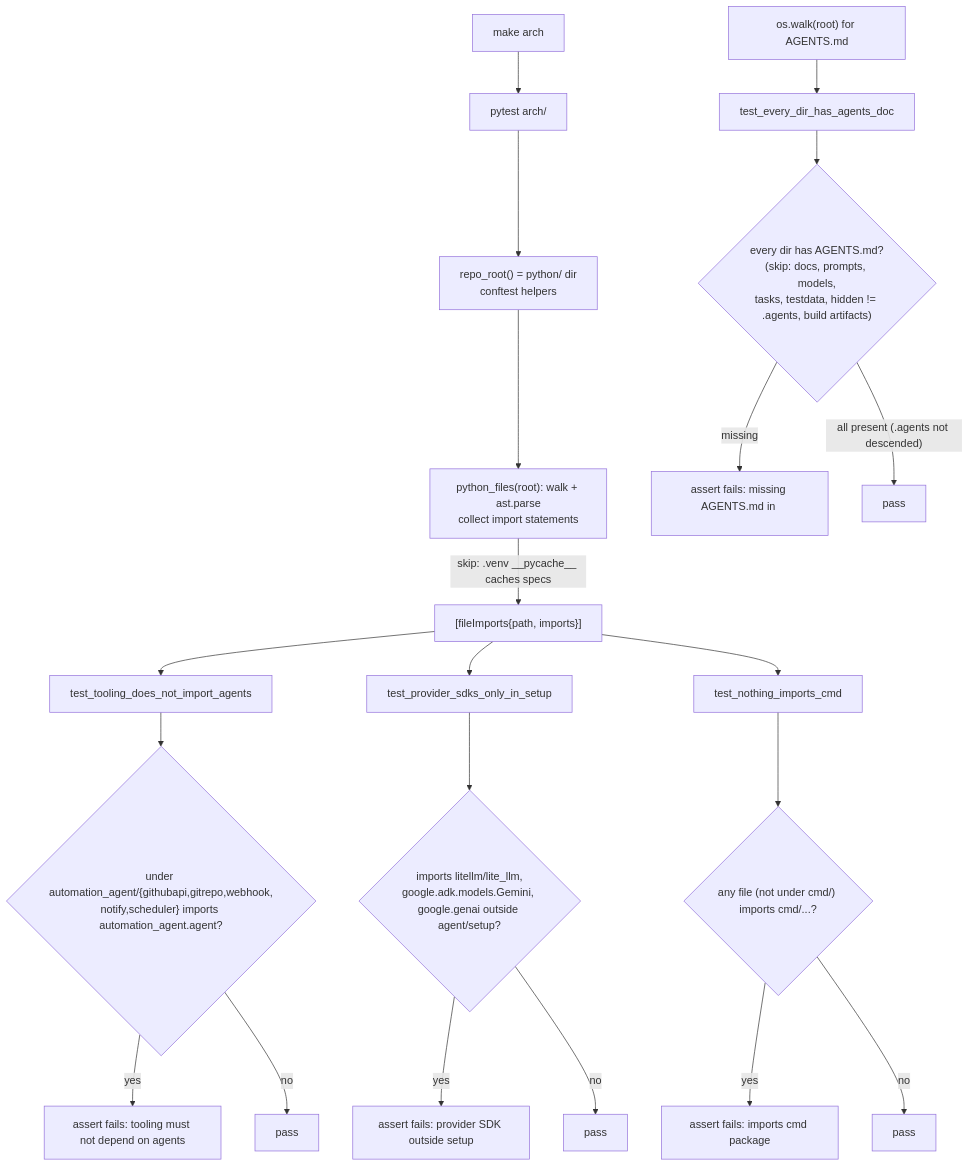
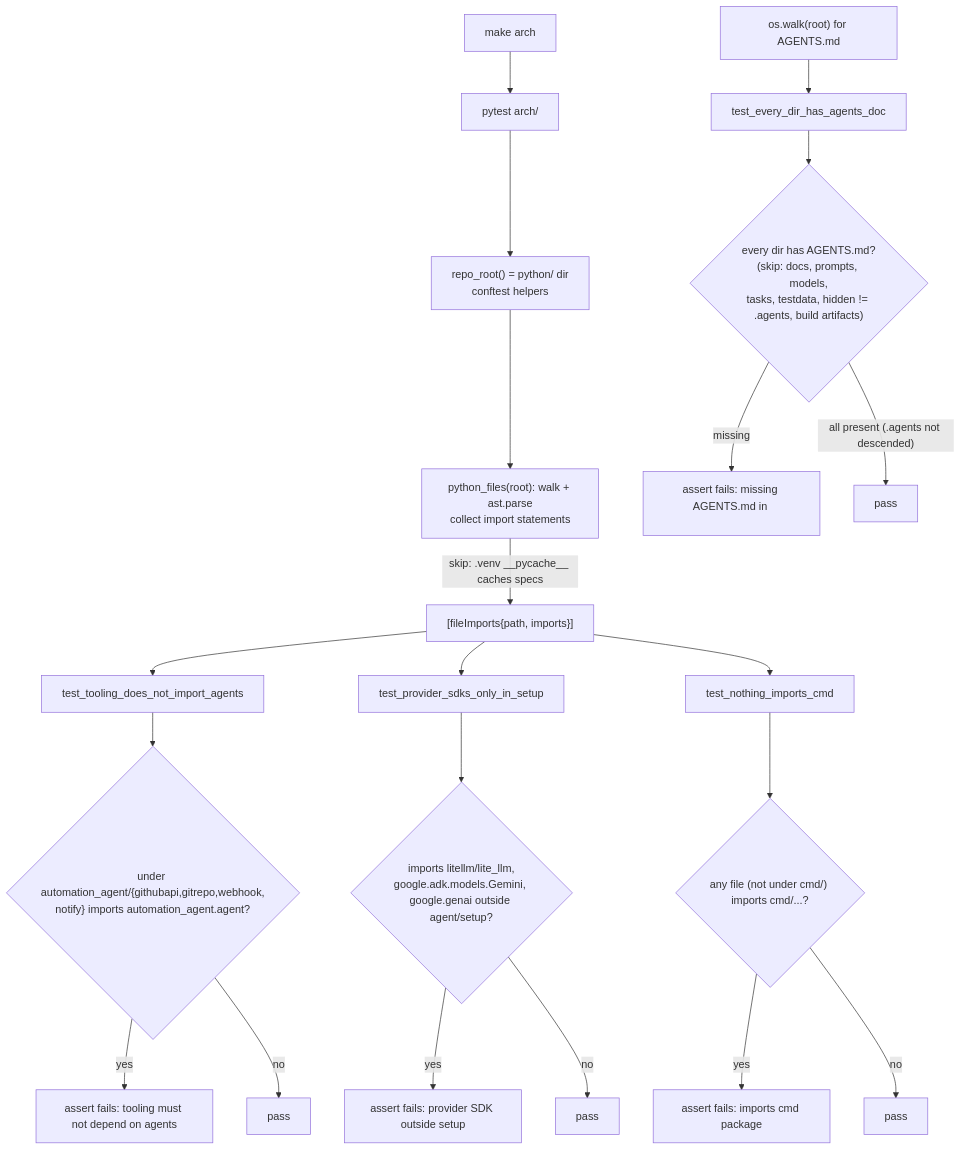
The diagram in python/arch/AGENTS.md (jkjamies/automation-agent), drawn with Mermaid before and after one commit. The commit also changed other lines of this file and 98 other files, not shown here.

````diff
--- a/python/arch/AGENTS.md
+++ b/python/arch/AGENTS.md
@@ -8,28 +8,28 @@
 ```mermaid
 flowchart TD
     Make["make arch"] --> Run["pytest arch/"]
     Run --> Helpers["repo_root() = python/ dir<br/>conftest helpers"]
     Helpers --> Walk["python_files(root): walk + ast.parse<br/>collect import statements"]
     Walk -->|"skip: .venv __pycache__ caches specs"| FI["[fileImports{path, imports}]"]
 
     FI --> T1["test_tooling_does_not_import_agents"]
     FI --> T2["test_provider_sdks_only_in_setup"]
     FI --> T3["test_nothing_imports_cmd"]
     Root["os.walk(root) for AGENTS.md"] --> T4["test_every_dir_has_agents_doc"]
 
-    T1 --> C1{"under automation_agent/{githubapi,gitrepo,webhook,<br/>notify,scheduler} imports automation_agent.agent?"}
+    T1 --> C1{"under automation_agent/{githubapi,gitrepo,webhook,<br/>notify} imports automation_agent.agent?"}
     C1 -->|yes| F1["assert fails: tooling must not depend on agents"]
     C1 -->|no| OK1["pass"]
 
     T2 --> C2{"imports litellm/lite_llm,<br/>google.adk.models.Gemini, google.genai outside agent/setup?"}
     C2 -->|yes| F2["assert fails: provider SDK outside setup"]
     C2 -->|no| OK2["pass"]
 
     T3 --> C3{"any file (not under cmd/) imports cmd/...?"}
     C3 -->|yes| F3["assert fails: imports cmd package"]
     C3 -->|no| OK3["pass"]
 
     T4 --> C4{"every dir has AGENTS.md?<br/>(skip: docs, prompts, models,<br/>tasks, testdata, hidden != .agents, build artifacts)"}
     C4 -->|missing| F4["assert fails: missing AGENTS.md in <dir>"]
     C4 -->|"all present (.agents not descended)"| OK4["pass"]
 ```
````
